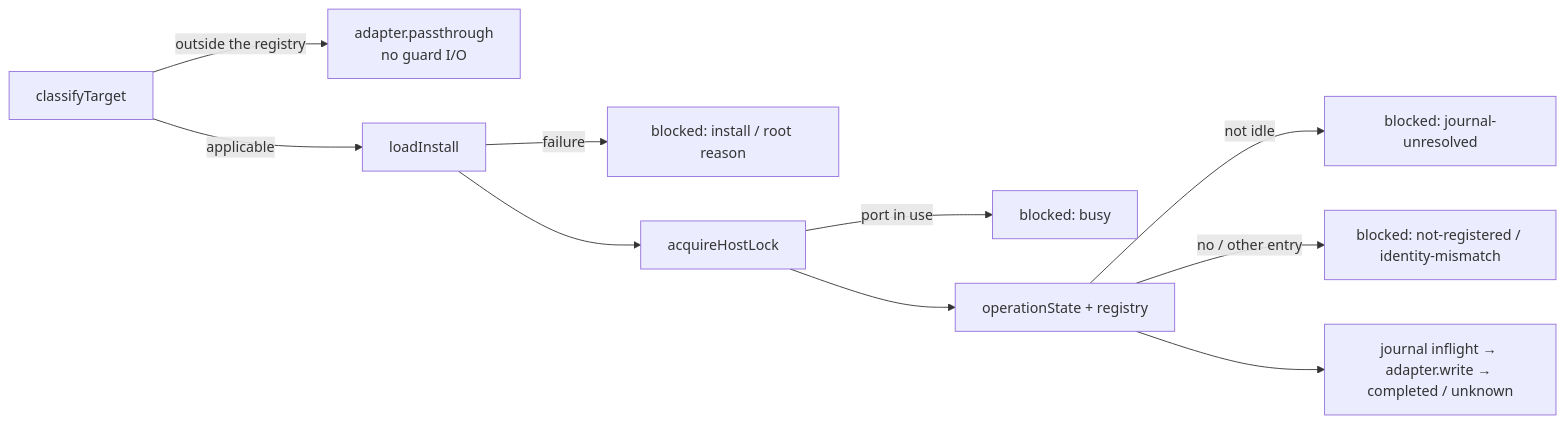
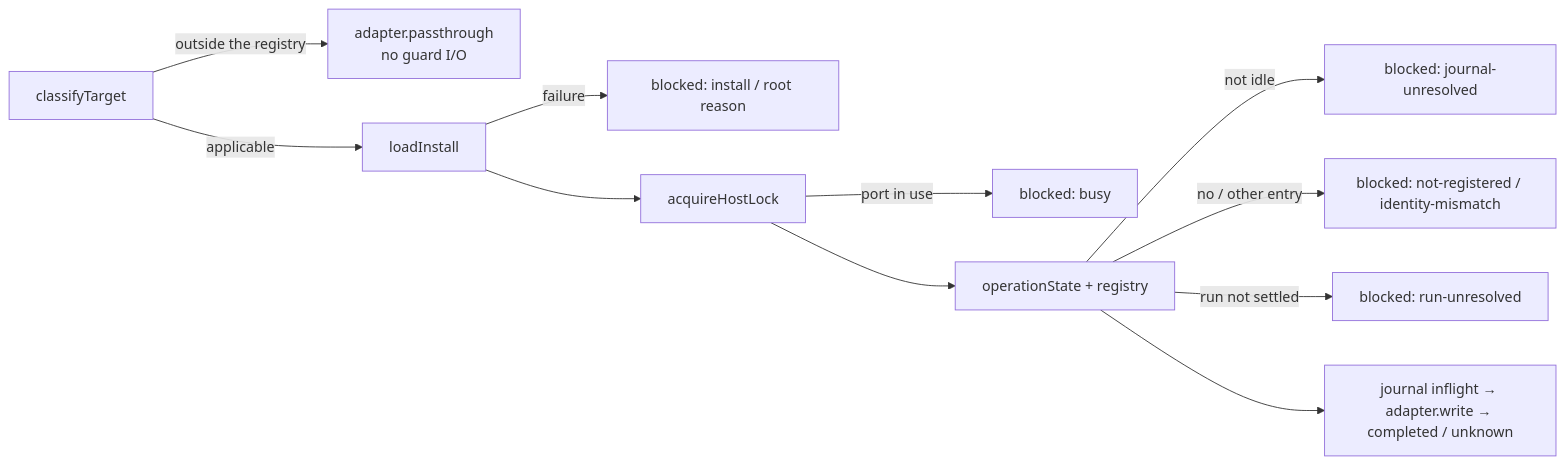
Before and after one commit to lemoncloud-io/lemon-core: the diagram in docs/v5/B30-migration-guard.md, drawn with Mermaid. The commit also changed other lines of this file and 3 other files, not shown here.

````diff
--- a/docs/v5/B30-migration-guard.md
+++ b/docs/v5/B30-migration-guard.md
@@ -26,12 +26,13 @@
 ```mermaid
 flowchart LR
     T[classifyTarget] -->|outside the registry| P[adapter.passthrough<br/>no guard I/O]
     T -->|applicable| I[loadInstall]
     I -->|failure| X1[blocked: install / root reason]
     I --> L[acquireHostLock]
     L -->|port in use| X2[blocked: busy]
     L --> J[operationState + registry]
     J -->|not idle| X3[blocked: journal-unresolved]
     J -->|no / other entry| X4[blocked: not-registered / identity-mismatch]
+    J -->|run not settled| X5[blocked: run-unresolved]
     J --> W[journal inflight → adapter.write → completed / unknown]
 ```
````
